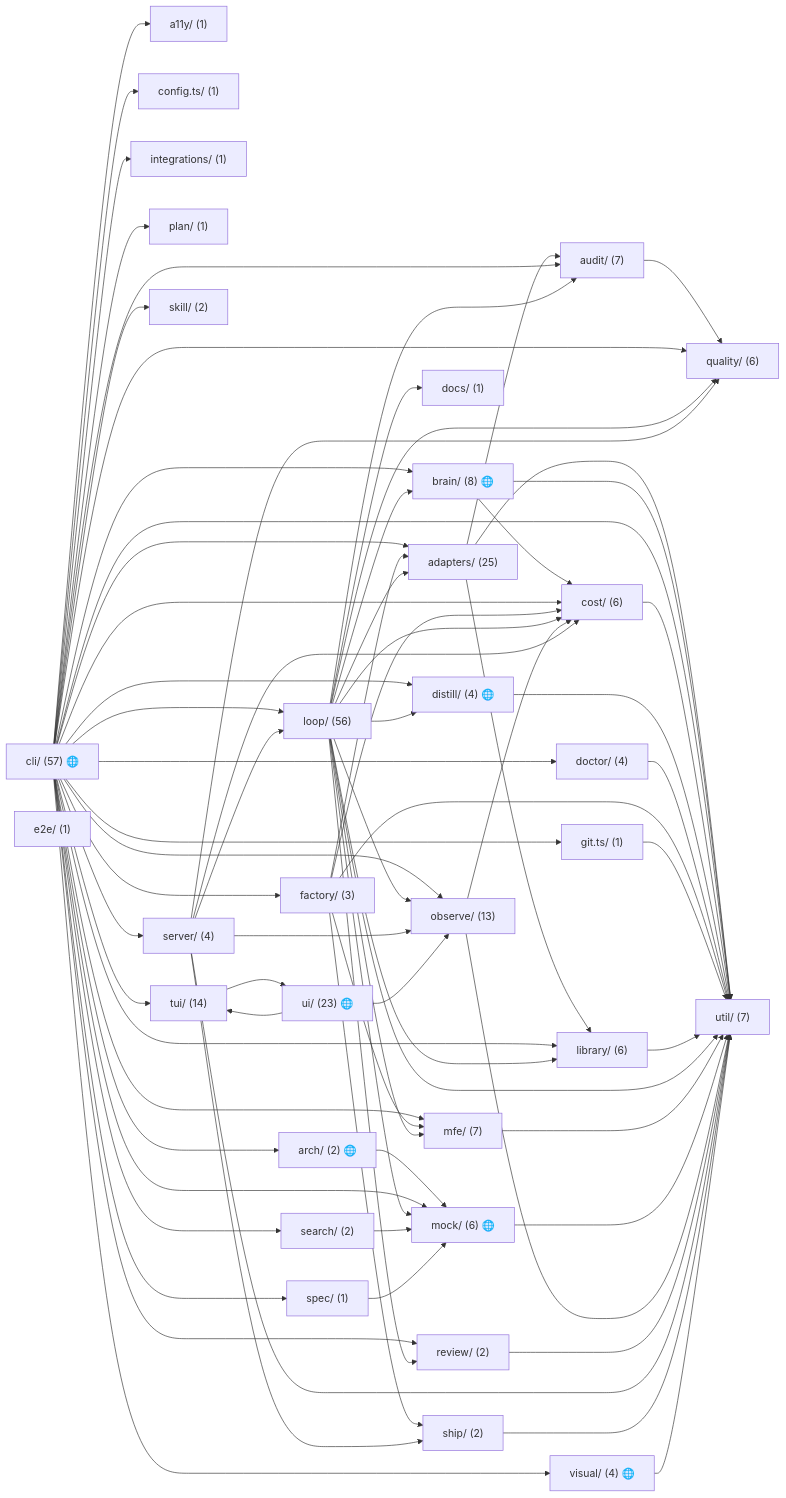
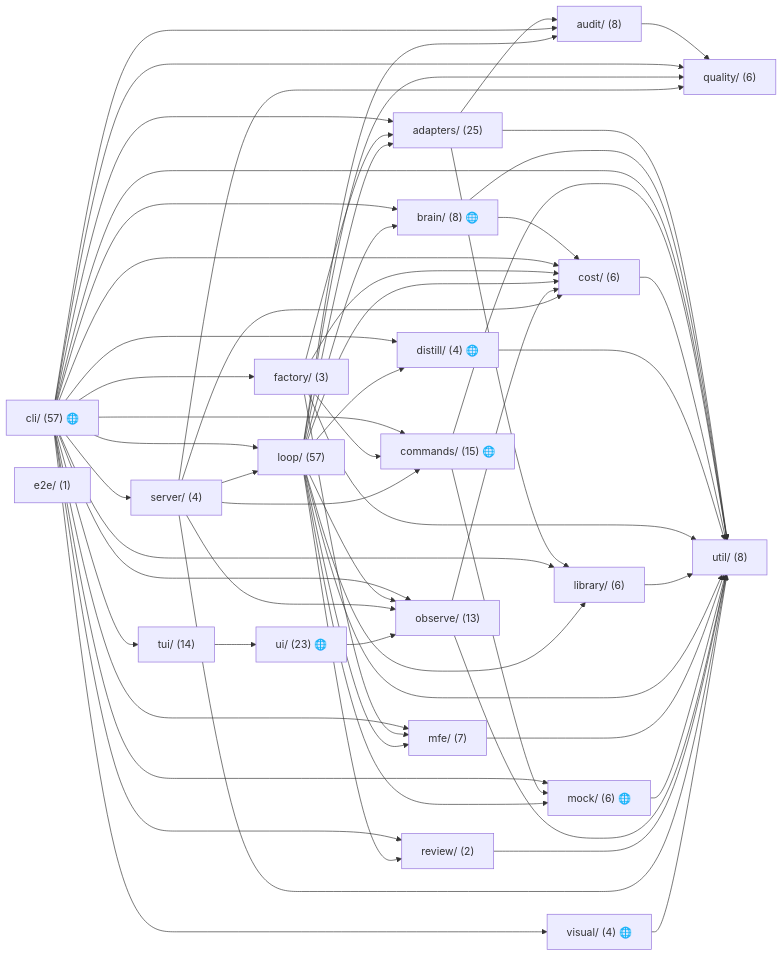
The diagram in docs/wiki/project-probevane.md (MaciekBrzeski/probevane), drawn with Mermaid before and after one commit. The commit also changed other lines of this file and 1 other file, not shown here.

First line of the commit message:
chore: regenerate spec + log eval baseline (full CI gate green)

````diff
--- a/docs/wiki/project-probevane.md
+++ b/docs/wiki/project-probevane.md
@@ -570,87 +570,65 @@
 ```mermaid
 flowchart LR
-  a11y["a11y/ (1)"]
   adapters["adapters/ (25)"]
-  arch["arch/ (2) 🌐"]
-  audit["audit/ (7)"]
+  audit["audit/ (8)"]
   brain["brain/ (8) 🌐"]
   cli["cli/ (57) 🌐"]
-  config_ts["config.ts/ (1)"]
+  commands["commands/ (15) 🌐"]
   cost["cost/ (6)"]
   distill["distill/ (4) 🌐"]
-  docs["docs/ (1)"]
-  doctor["doctor/ (4)"]
   e2e["e2e/ (1)"]
   factory["factory/ (3)"]
-  git_ts["git.ts/ (1)"]
-  integrations["integrations/ (1)"]
   library["library/ (6)"]
-  loop["loop/ (56)"]
+  loop["loop/ (57)"]
   mfe["mfe/ (7)"]
   mock["mock/ (6) 🌐"]
   observe["observe/ (13)"]
-  plan["plan/ (1)"]
   quality["quality/ (6)"]
   review["review/ (2)"]
-  search["search/ (2)"]
   server["server/ (4)"]
-  ship["ship/ (2)"]
-  skill["skill/ (2)"]
-  spec["spec/ (1)"]
   tui["tui/ (14)"]
   ui["ui/ (23) 🌐"]
-  util["util/ (7)"]
+  util["util/ (8)"]
   visual["visual/ (4) 🌐"]
   adapters --> audit
   adapters --> library
   adapters --> util
-  arch --> mock
   audit --> quality
   brain --> cost
   brain --> util
-  cli --> a11y
   cli --> adapters
-  cli --> arch
   cli --> audit
   cli --> brain
-  cli --> config_ts
+  cli --> commands
   cli --> cost
   cli --> distill
-  cli --> doctor
   cli --> factory
-  cli --> git_ts
-  cli --> integrations
   cli --> library
   cli --> loop
   cli --> mfe
   cli --> mock
   cli --> observe
-  cli --> plan
   cli --> quality
   cli --> review
-  cli --> search
   cli --> server
-  cli --> skill
-  cli --> spec
   cli --> tui
   cli --> util
   cli --> visual
+  commands --> mock
+  commands --> util
   cost --> util
   distill --> util
-  doctor --> util
   factory --> adapters
+  factory --> commands
   factory --> cost
   factory --> mfe
-  factory --> ship
   factory --> util
-  git_ts --> util
   library --> util
   loop --> adapters
   loop --> audit
   loop --> brain
   loop --> cost
   loop --> distill
-  loop --> docs
   loop --> library
   loop --> mfe
   loop --> mock
@@ -663,17 +641,13 @@
   observe --> cost
   observe --> util
   review --> util
-  search --> mock
+  server --> commands
   server --> cost
   server --> loop
   server --> observe
   server --> quality
-  server --> ship
   server --> util
-  ship --> util
-  spec --> mock
   tui --> ui
   ui --> observe
-  ui --> tui
   visual --> util
 ```
````
